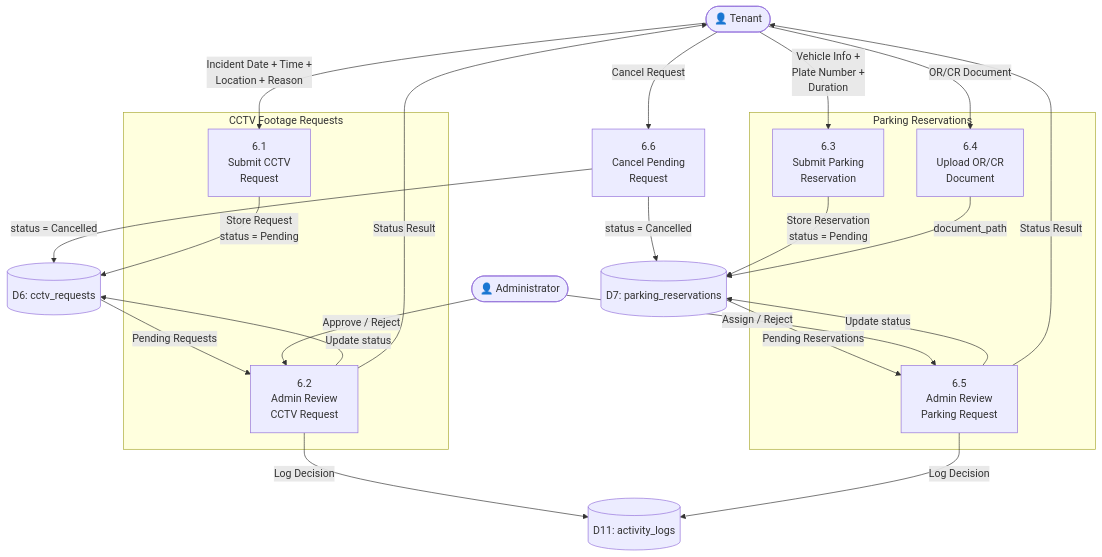
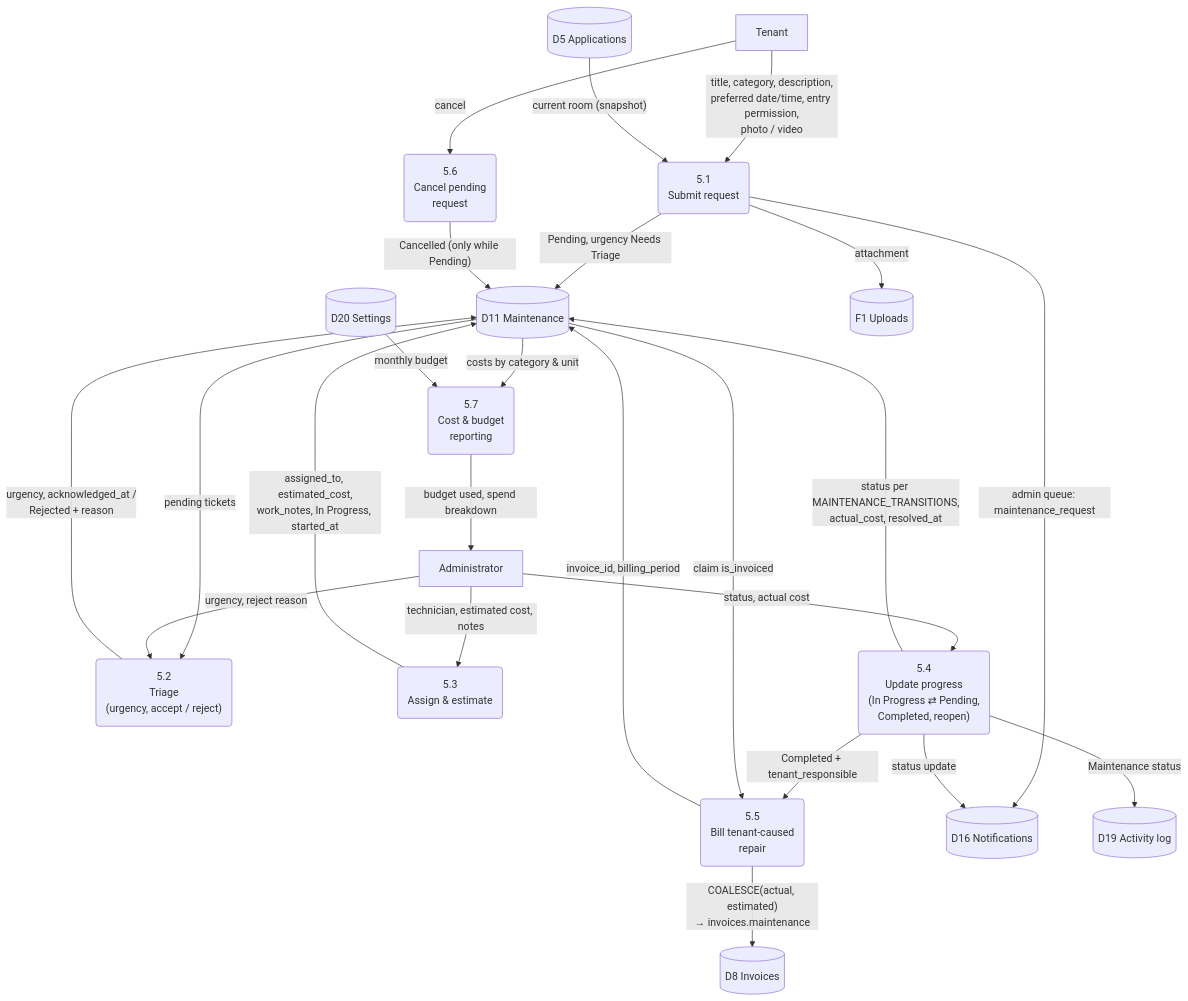
One commit to Keonbe/ApartmentManagementSystem_React changed diagram 20 of 23 in docs/documentation/system_diagrams.md. Above: the diagram before and after it, drawn with Mermaid. The commit also changed other lines of this file, not shown here.

Commit message:
docs(diagrams): system diagrams v2.0 for the September 2026 build

````diff
--- a/docs/documentation/system_diagrams.md
+++ b/docs/documentation/system_diagrams.md
@@ -777,47 +1486,51 @@
 ```mermaid
 flowchart TB
-    Tenant(["👤 Tenant"])
-    Admin(["👤 Administrator"])
+    Tenant["Tenant"]
+    Admin["Administrator"]
 
-    subgraph "CCTV Footage Requests"
-        P6_1["6.1<br/>Submit CCTV<br/>Request"]
-        P6_2["6.2<br/>Admin Review<br/>CCTV Request"]
-    end
+    P51("5.1<br/>Submit request")
+    P52("5.2<br/>Triage<br/>(urgency, accept / reject)")
+    P53("5.3<br/>Assign & estimate")
+    P54("5.4<br/>Update progress<br/>(In Progress ⇄ Pending,<br/>Completed, reopen)")
+    P55("5.5<br/>Bill tenant-caused<br/>repair")
+    P56("5.6<br/>Cancel pending<br/>request")
+    P57("5.7<br/>Cost & budget<br/>reporting")
 
-    subgraph "Parking Reservations"
-        P6_3["6.3<br/>Submit Parking<br/>Reservation"]
-        P6_4["6.4<br/>Upload OR/CR<br/>Document"]
-        P6_5["6.5<br/>Admin Review<br/>Parking Request"]
-    end
+    D5[("D5 Applications")]
+    D8[("D8 Invoices")]
+    D11[("D11 Maintenance")]
+    D16[("D16 Notifications")]
+    D19[("D19 Activity log")]
+    D20[("D20 Settings")]
+    F1[("F1 Uploads")]
 
-    P6_6["6.6<br/>Cancel Pending<br/>Request"]
+    Tenant -->|"title, category, description,<br/>preferred date/time, entry permission,<br/>photo / video"| P51
+    D5 -->|"current room (snapshot)"| P51
+    P51 -->|"attachment"| F1
+    P51 -->|"Pending, urgency Needs Triage"| D11
+    P51 -->|"admin queue: maintenance_request"| D16
 
-    D6[("D6: cctv_requests")]
-    D7[("D7: parking_reservations")]
-    D11[("D11: activity_logs")]
+    D11 -->|"pending tickets"| P52
+    Admin -->|"urgency, reject reason"| P52
+    P52 -->|"urgency, acknowledged_at /<br/>Rejected + reason"| D11
 
-    Tenant -->|"Incident Date + Time +<br/>Location + Reason"| P6_1
-    P6_1 -->|"Store Request<br/>status = Pending"| D6
+    Admin -->|"technician, estimated cost, notes"| P53
+    P53 -->|"assigned_to, estimated_cost,<br/>work_notes, In Progress, started_at"| D11
 
-    D6 -->|"Pending Requests"| P6_2
-    Admin -->|"Approve / Reject"| P6_2
-    P6_2 -->|"Update status"| D6
-    P6_2 -->|"Log Decision"| D11
-    P6_2 -->|"Status Result"| Tenant
+    Admin -->|"status, actual cost"| P54
+    P54 -->|"status per MAINTENANCE_TRANSITIONS,<br/>actual_cost, resolved_at"| D11
+    P54 -->|"status update"| D16
+    P54 -->|"Maintenance status"| D19
 
-    Tenant -->|"Vehicle Info +<br/>Plate Number +<br/>Duration"| P6_3
-    P6_3 -->|"Store Reservation<br/>status = Pending"| D7
+    P54 -->|"Completed + tenant_responsible"| P55
+    D11 -->|"claim is_invoiced"| P55
+    P55 -->|"COALESCE(actual, estimated)<br/>→ invoices.maintenance"| D8
+    P55 -->|"invoice_id, billing_period"| D11
 
-    Tenant -->|"OR/CR Document"| P6_4
-    P6_4 -->|"document_path"| D7
+    Tenant -->|"cancel"| P56
+    P56 -->|"Cancelled (only while Pending)"| D11
 
-    D7 -->|"Pending Reservations"| P6_5
-    Admin -->|"Assign / Reject"| P6_5
-    P6_5 -->|"Update status"| D7
-    P6_5 -->|"Log Decision"| D11
-    P6_5 -->|"Status Result"| Tenant
-
-    Tenant -->|"Cancel Request"| P6_6
-    P6_6 -->|"status = Cancelled"| D6
-    P6_6 -->|"status = Cancelled"| D7
+    D11 -->|"costs by category & unit"| P57
+    D20 -->|"monthly budget"| P57
+    P57 -->|"budget used, spend breakdown"| Admin
 ```
````
